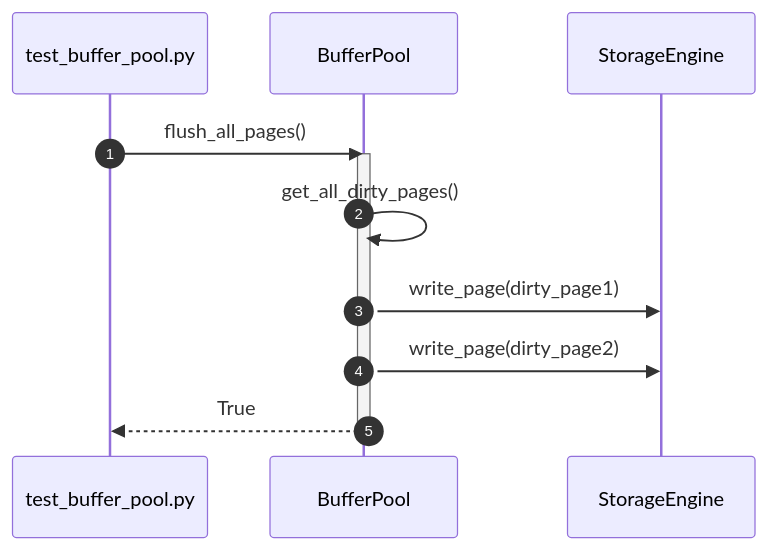
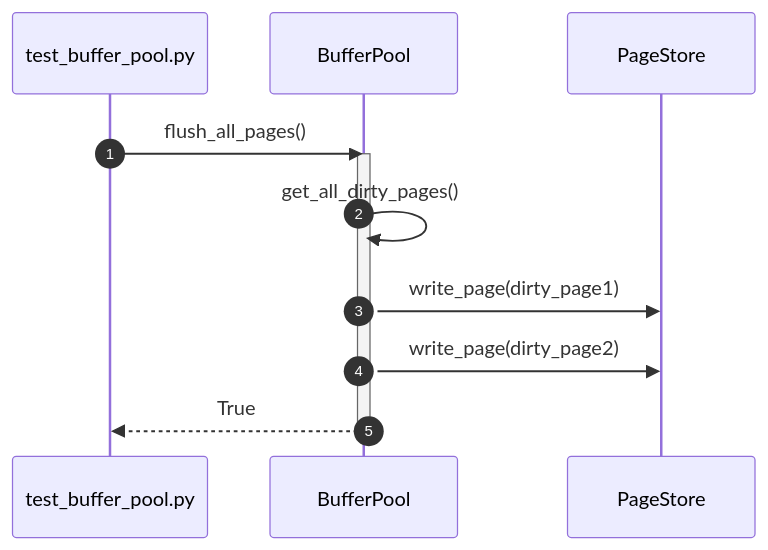
Diagram 11 of 56 in diagrams/sequence/storage_engine.md (taitran501/DBMS), drawn with Mermaid before and after one commit. The commit also changed other lines of this file and 5 other files, not shown here.

Commit message:
test: define buffer pool and Storage Engine

````diff
--- a/diagrams/sequence/storage_engine.md
+++ b/diagrams/sequence/storage_engine.md
@@ -172,15 +172,15 @@
 ```mermaid
 sequenceDiagram
     autonumber
     participant Test as test_buffer_pool.py
     participant SUT as BufferPool
-    participant StorageEngine as StorageEngine
+    participant PageStore as PageStore
 
     Test->>SUT: flush_all_pages()
     activate SUT
     SUT->>SUT: get_all_dirty_pages()
-    SUT->>StorageEngine: write_page(dirty_page1)
-    SUT->>StorageEngine: write_page(dirty_page2)
+    SUT->>PageStore: write_page(dirty_page1)
+    SUT->>PageStore: write_page(dirty_page2)
     SUT-->>Test: True
     deactivate SUT
 ```
````
